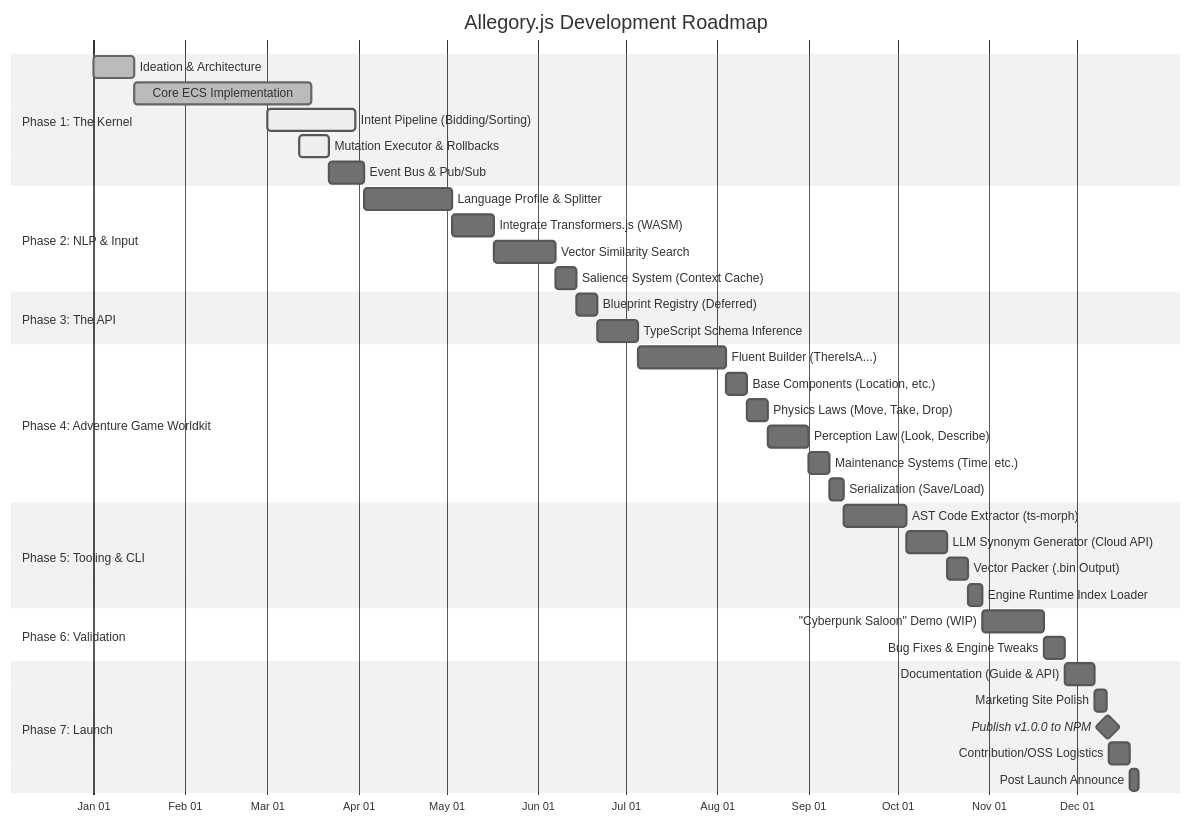
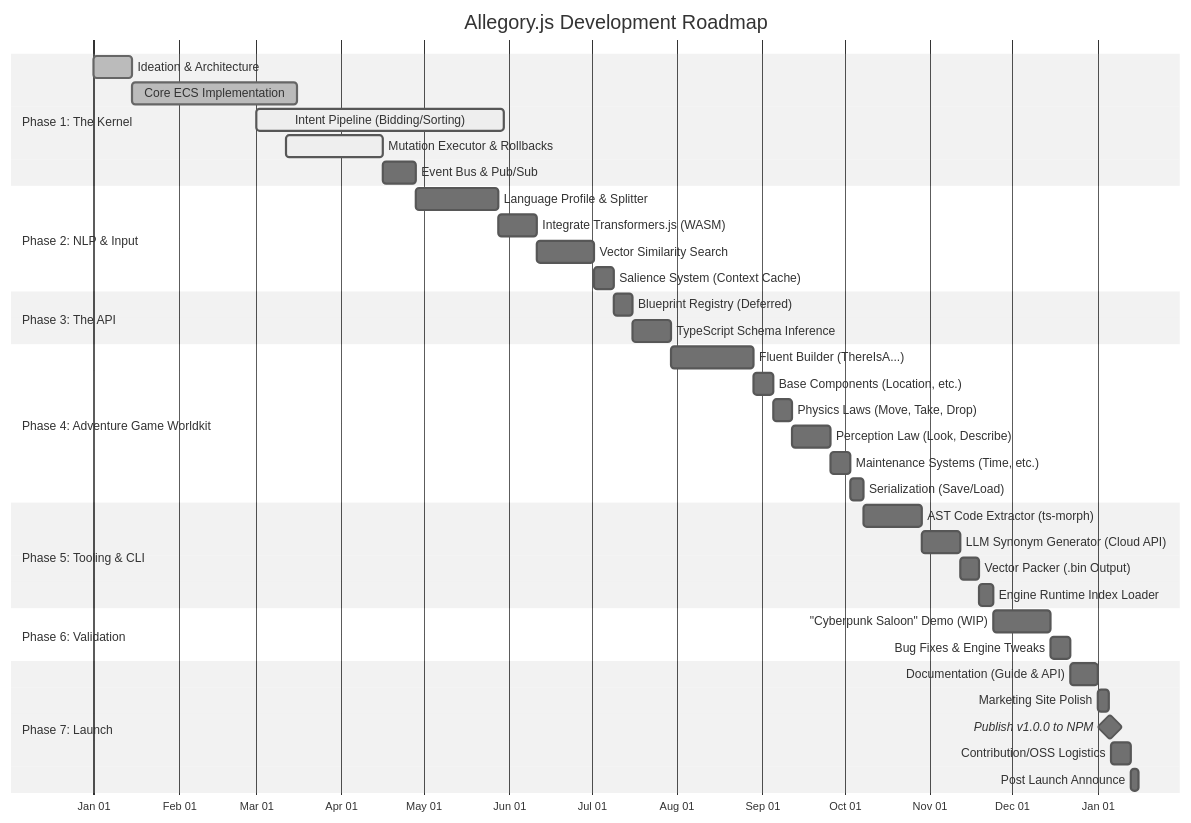
One commit to allegoryjs/allegoryjs changed the diagram in README.md. Above: the diagram before and after it, drawn with Mermaid (neutral theme).

Commit message:
update roadmap

````diff
--- a/README.md
+++ b/README.md
@@ -41,48 +41,48 @@
 ```mermaid
 gantt
     title Allegory.js Development Roadmap
     dateFormat  YYYY-MM-DD
     axisFormat  %b %d
-    
+
     section Phase 1: The Kernel
     Ideation & Architecture           :done,    p1_1, 2026-01-01, 14d
     Core ECS Implementation           :done,    p1_2, after p1_1, 60d
-    Intent Pipeline (Bidding/Sorting) :active,  p1_3, 2026-03-01, 30d
-    Mutation Executor & Rollbacks     :active,   p1_4, 2026-03-12, 10d
+    Intent Pipeline (Bidding/Sorting) :active,  p1_3, 2026-03-01, 90d
+    Mutation Executor & Rollbacks     :active,  p1_4, 2026-03-12, 35d
     Event Bus & Pub/Sub               :         p1_5, after p1_4, 12d
-    
+
     section Phase 2: NLP & Input
     Language Profile & Splitter       :         p2_1, after p1_5, 30d
     Integrate Transformers.js (WASM)  :         p2_2, after p2_1, 14d
     Vector Similarity Search          :         p2_3, after p2_2, 21d
     Salience System (Context Cache)   :         p2_4, after p2_3, 7d
-    
+
     section Phase 3: The API
     Blueprint Registry (Deferred)     :         p3_1, after p2_4, 7d
     TypeScript Schema Inference       :         p3_2, after p3_1, 14d
-    
+
     section Phase 4: Adventure Game Worldkit
     Fluent Builder (ThereIsA...)      :         p4_0, after p3_2, 30d
     Base Components (Location, etc.)  :         p4_1, after p4_0, 7d
     Physics Laws (Move, Take, Drop)   :         p4_2, after p4_1, 7d
     Perception Law (Look, Describe)   :         p4_3, after p4_2, 14d
     Maintenance Systems (Time, etc.)  :         p4_4, after p4_3, 7d
     Serialization (Save/Load)         :         p4_5, after p4_4, 5d
 
     section Phase 5: Tooling & CLI
     AST Code Extractor (ts-morph)     :         t1, after p4_5, 21d
     LLM Synonym Generator (Cloud API) :         t2, after t1, 14d
     Vector Packer (.bin Output)       :         t3, after t2, 7d
     Engine Runtime Index Loader       :         t4, after t3, 5d
-    
+
     section Phase 6: Validation
     "Cyberpunk Saloon" Demo (WIP)     :         p5_1, after t4, 21d
     Bug Fixes & Engine Tweaks         :         p5_2, after p5_1, 7d
-    
+
     section Phase 7: Launch
     Documentation (Guide & API)       :         p6_1, after p5_2, 10d
     Marketing Site Polish             :         p6_2, after p6_1, 4d
     Publish v1.0.0 to NPM             :milestone, m1, after p6_2, 1d
     Contribution/OSS Logistics        :         p6_3, after m1,   7d
     Post Launch Announce              :         p6_4, after p6_3, 3d
 ```
````
